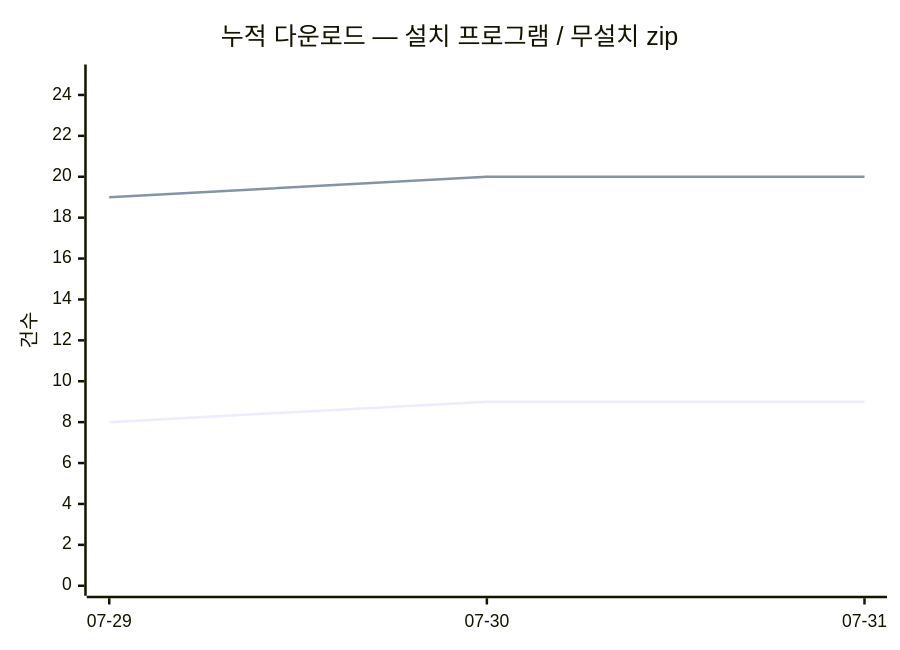
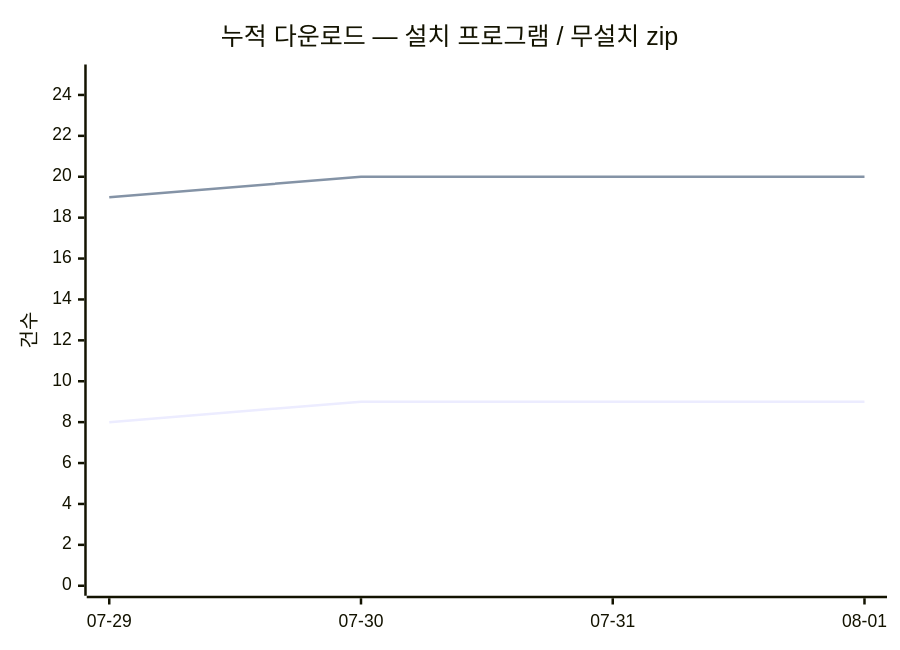
One commit to dodaseo/ibis-releases changed the diagram in README.md. Above: the diagram before and after it, drawn with Mermaid. The commit also changed other lines of this file and 2 other files, not shown here.

Commit message:
chore(stats): 다운로드 스냅숏 2026-08-01

````diff
--- a/README.md
+++ b/README.md
@@ -132,8 +132,8 @@
 ```mermaid
 xychart-beta
     title "누적 다운로드 — 설치 프로그램 / 무설치 zip"
-    x-axis [07-29, 07-30, 07-31]
+    x-axis [07-29, 07-30, 07-31, 08-01]
     y-axis "건수" 0 --> 25
-    line [8, 9, 9]
-    line [19, 20, 20]
+    line [8, 9, 9, 9]
+    line [19, 20, 20, 20]
 ```
````
